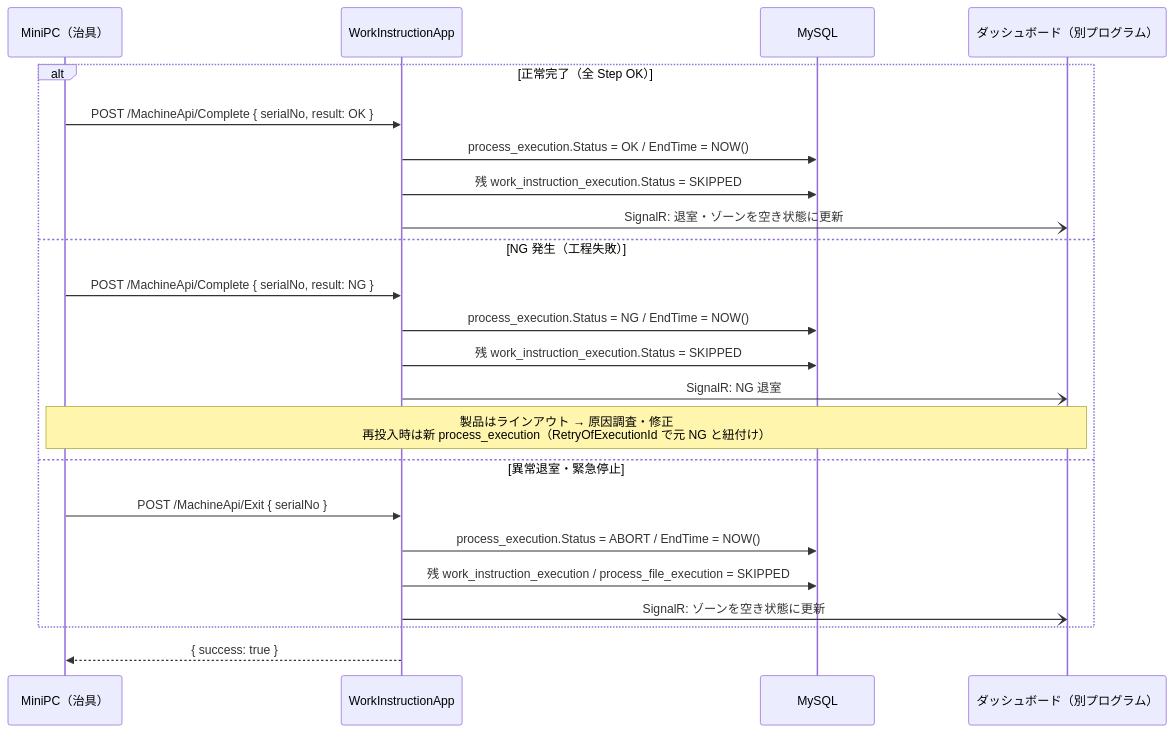
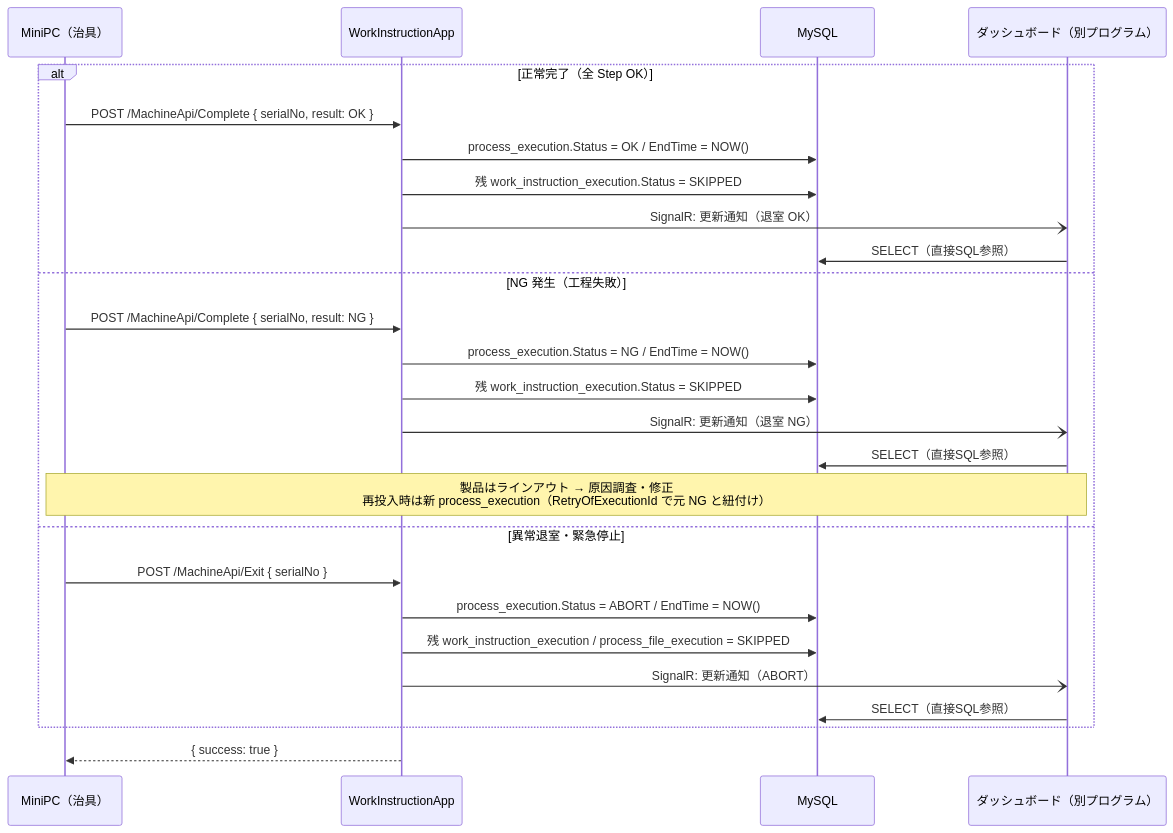
Before and after one commit to namagi14-lab/spica-warranty-design: the sixth of 9 diagrams in docs/07_system_design.md, drawn with Mermaid. The commit also changed other lines of this file and 4 other files, not shown here.

````diff
--- a/docs/07_system_design.md
+++ b/docs/07_system_design.md
@@ -256,29 +265,32 @@
 ```mermaid
 sequenceDiagram
     participant MiniPC as MiniPC（治具）
     participant App as WorkInstructionApp
     participant DB as MySQL
     participant Dash as ダッシュボード（別プログラム）
 
     alt 正常完了（全 Step OK）
         MiniPC->>App: POST /MachineApi/Complete { serialNo, result: OK }
         App->>DB: process_execution.Status = OK / EndTime = NOW()
         App->>DB: 残 work_instruction_execution.Status = SKIPPED
-        App-)Dash: SignalR: 退室・ゾーンを空き状態に更新
+        App-)Dash: SignalR: 更新通知（退室 OK）
+        Dash->>DB: SELECT（直接SQL参照）
 
     else NG 発生（工程失敗）
         MiniPC->>App: POST /MachineApi/Complete { serialNo, result: NG }
         App->>DB: process_execution.Status = NG / EndTime = NOW()
         App->>DB: 残 work_instruction_execution.Status = SKIPPED
-        App-)Dash: SignalR: NG 退室
+        App-)Dash: SignalR: 更新通知（退室 NG）
+        Dash->>DB: SELECT（直接SQL参照）
         Note over MiniPC,Dash: 製品はラインアウト → 原因調査・修正<br/>再投入時は新 process_execution（RetryOfExecutionId で元 NG と紐付け）
 
     else 異常退室・緊急停止
         MiniPC->>App: POST /MachineApi/Exit { serialNo }
         App->>DB: process_execution.Status = ABORT / EndTime = NOW()
         App->>DB: 残 work_instruction_execution / process_file_execution = SKIPPED
-        App-)Dash: SignalR: ゾーンを空き状態に更新
+        App-)Dash: SignalR: 更新通知（ABORT）
+        Dash->>DB: SELECT（直接SQL参照）
     end
 
     App-->>MiniPC: { success: true }
 ```
````
